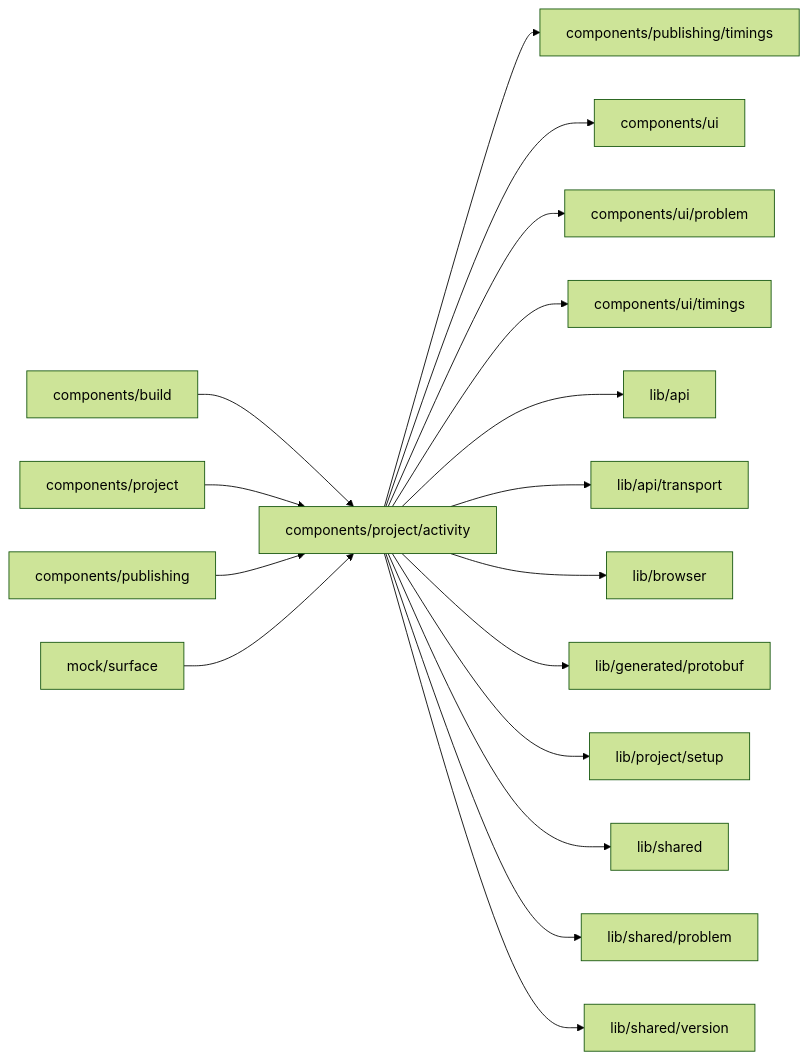
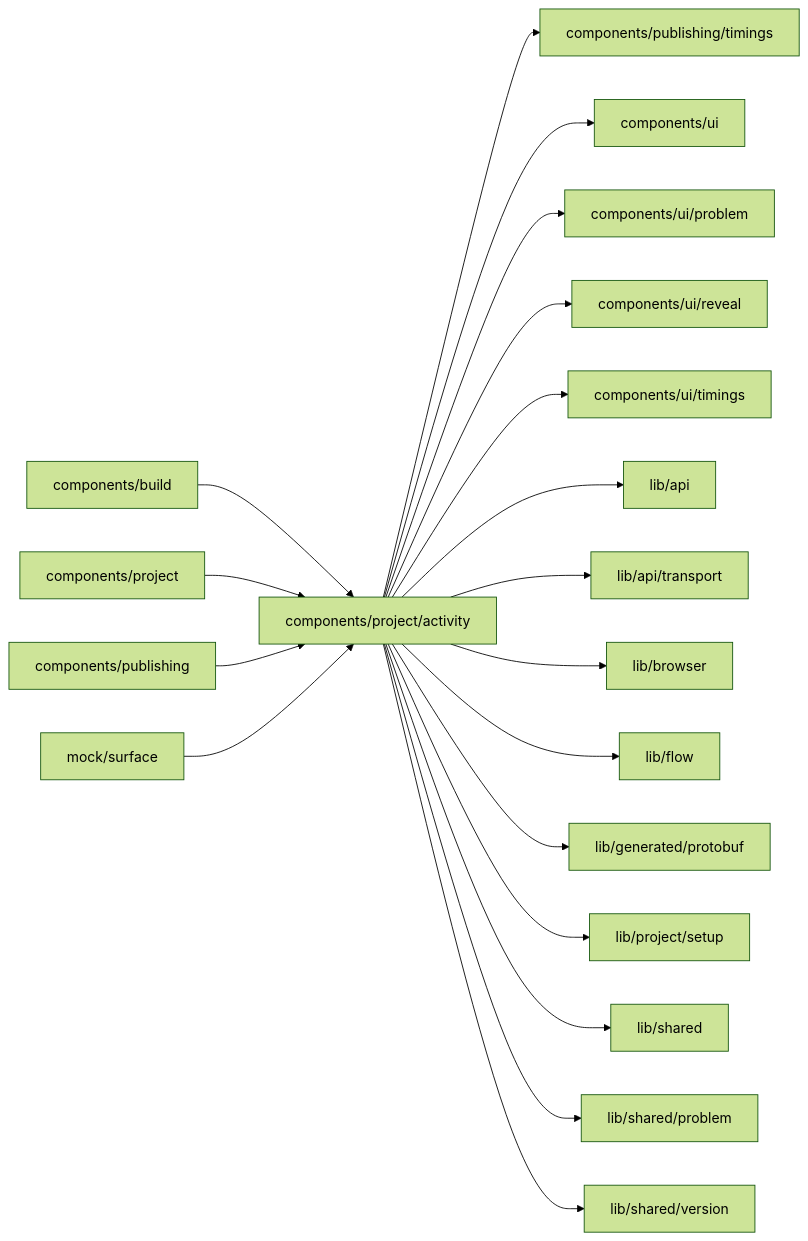
Before and after one commit to superdurable/superverse: the diagram in web/studio/components/project/activity/README.md, drawn with Mermaid (forest theme). The commit also changed other lines of this file and 278 other files, not shown here.

````diff
--- a/web/studio/components/project/activity/README.md
+++ b/web/studio/components/project/activity/README.md
@@ -10,20 +10,22 @@
 ```mermaid
 flowchart LR
   self["components/project/activity"]
   c0["components/build"] --> self
   c1["components/project"] --> self
   c2["components/publishing"] --> self
   c3["mock/surface"] --> self
   self --> d0["components/publishing/timings"]
   self --> d1["components/ui"]
   self --> d2["components/ui/problem"]
-  self --> d3["components/ui/timings"]
-  self --> d4["lib/api"]
-  self --> d5["lib/api/transport"]
-  self --> d6["lib/browser"]
-  self --> d7["lib/generated/protobuf"]
-  self --> d8["lib/project/setup"]
-  self --> d9["lib/shared"]
-  self --> d10["lib/shared/problem"]
-  self --> d11["lib/shared/version"]
+  self --> d3["components/ui/reveal"]
+  self --> d4["components/ui/timings"]
+  self --> d5["lib/api"]
+  self --> d6["lib/api/transport"]
+  self --> d7["lib/browser"]
+  self --> d8["lib/flow"]
+  self --> d9["lib/generated/protobuf"]
+  self --> d10["lib/project/setup"]
+  self --> d11["lib/shared"]
+  self --> d12["lib/shared/problem"]
+  self --> d13["lib/shared/version"]
 ```
````
